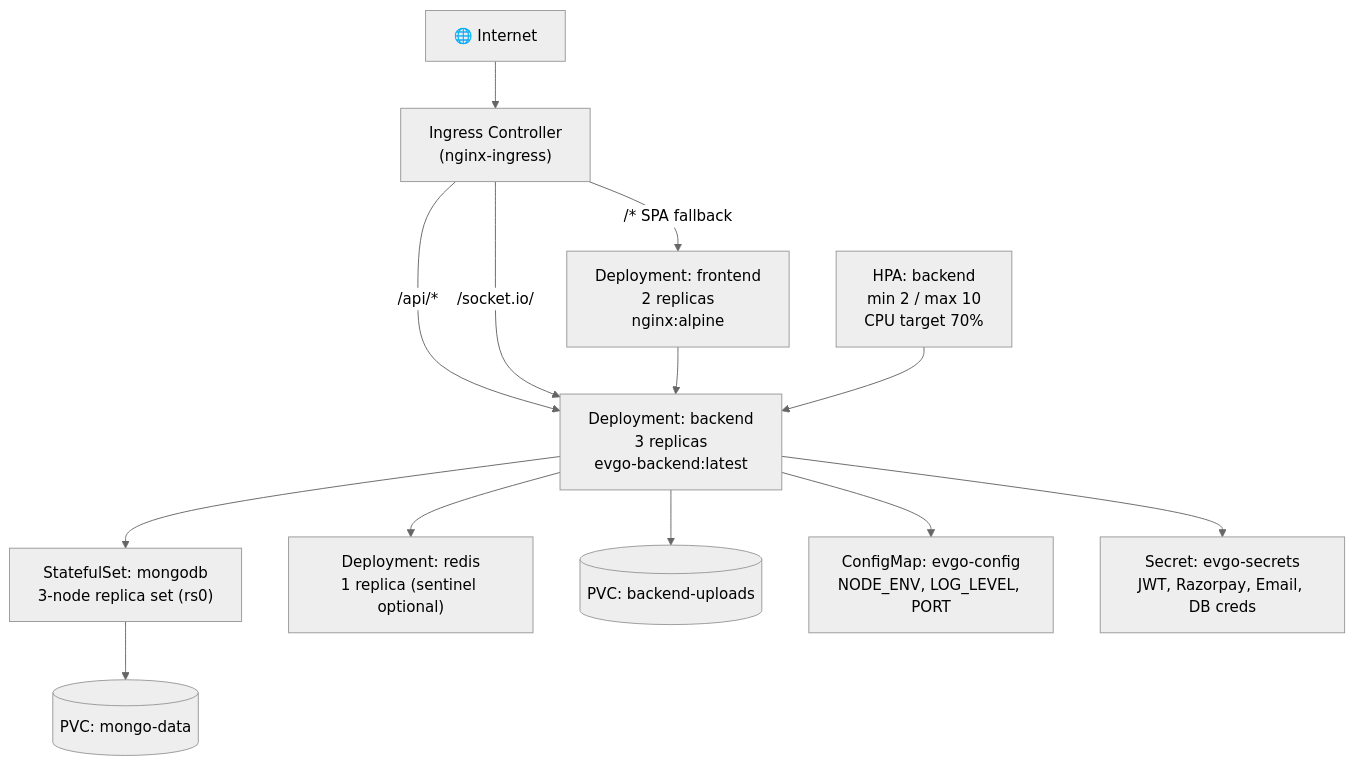
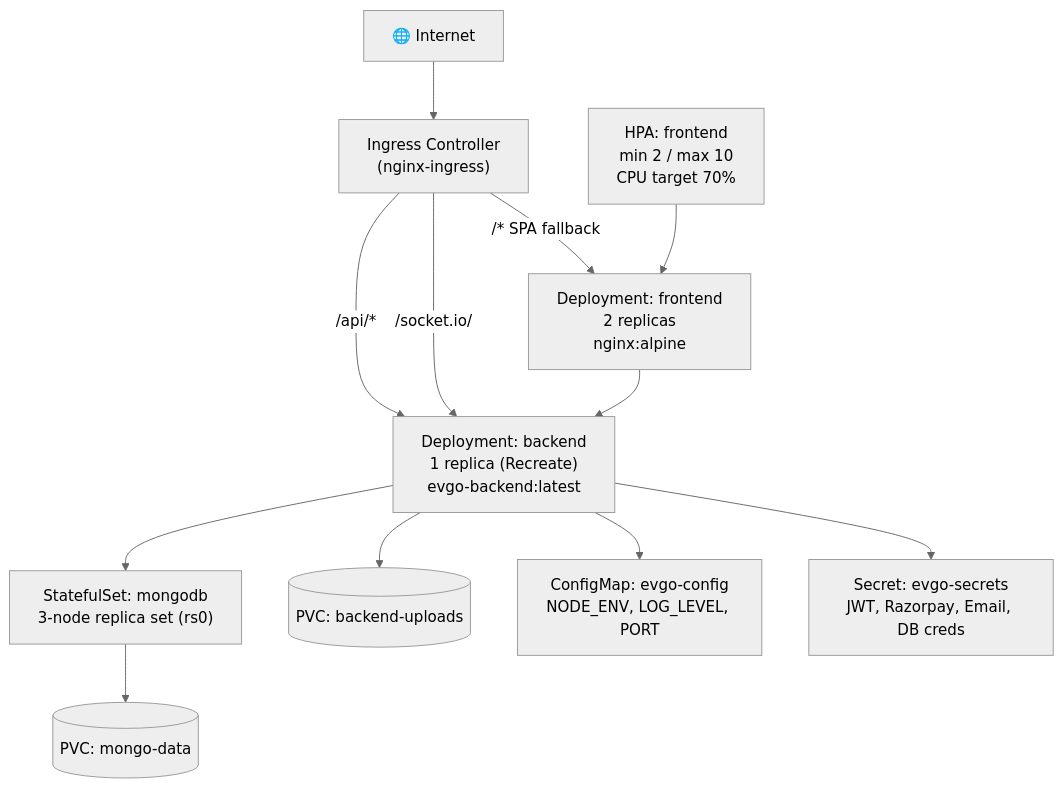
The diagram in docs/devops/kubernetes-plan.md (ShrutiPatel038/Agile_Project), drawn with Mermaid (neutral theme) before and after one commit. The commit also changed other lines of this file and 21 other files, not shown here.

````diff
--- a/docs/devops/kubernetes-plan.md
+++ b/docs/devops/kubernetes-plan.md
@@ -9,27 +9,25 @@
 ```mermaid
 graph TD
     Internet["🌐 Internet"]
     Ingress["Ingress Controller\n(nginx-ingress)"]
     FE["Deployment: frontend\n2 replicas\nnginx:alpine"]
-    BE["Deployment: backend\n3 replicas\nevgo-backend:latest"]
+    BE["Deployment: backend\n1 replica (Recreate)\nevgo-backend:latest"]
     Mongo["StatefulSet: mongodb\n3-node replica set (rs0)"]
-    Redis["Deployment: redis\n1 replica (sentinel optional)"]
     PVC_Mongo[("PVC: mongo-data")]
     PVC_Uploads[("PVC: backend-uploads")]
     ConfigMap["ConfigMap: evgo-config\nNODE_ENV, LOG_LEVEL, PORT"]
     Secret["Secret: evgo-secrets\nJWT, Razorpay, Email, DB creds"]
-    HPA["HPA: backend\nmin 2 / max 10\nCPU target 70%"]
+    HPA["HPA: frontend\nmin 2 / max 10\nCPU target 70%"]
 
     Internet --> Ingress
     Ingress -->|"/* SPA fallback"| FE
     Ingress -->|"/api/*"| BE
     Ingress -->|"/socket.io/"| BE
     FE --> BE
     BE --> Mongo
-    BE --> Redis
     Mongo --> PVC_Mongo
     BE --> PVC_Uploads
     BE --> ConfigMap
     BE --> Secret
-    HPA --> BE
+    HPA --> FE
 ```
````
